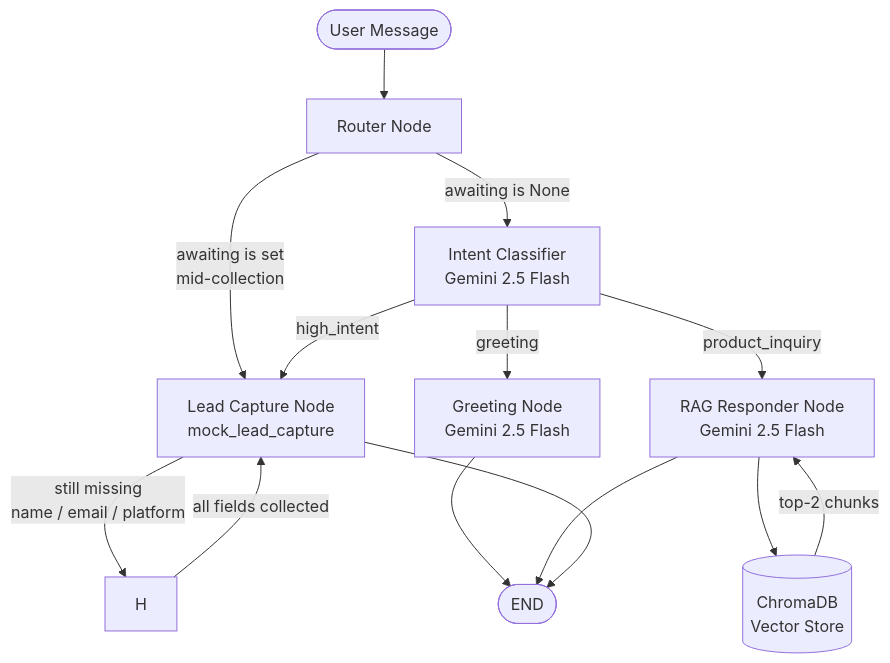
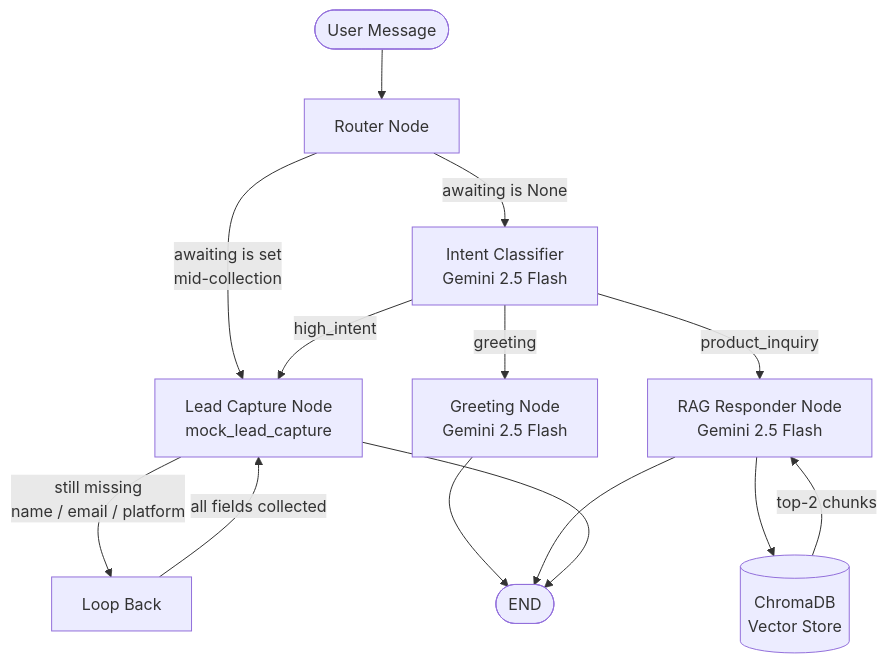
The first of 4 diagrams in README.md (Dibyajyoti-07/Social-To-Lead-Agentic-Workflow), drawn with Mermaid before and after one commit.

Commit message:
readme updated

````diff
--- a/README.md
+++ b/README.md
@@ -80,21 +80,21 @@
 ```mermaid
 flowchart TD
     A([User Message]) --> B[Router Node]
 
     B -->|awaiting is set\nmid-collection| C[Lead Collection Node]
     B -->|awaiting is None| D[Intent Classifier\nGemini 2.5 Flash]
 
     D -->|greeting| E[Greeting Node\nGemini 2.5 Flash]
     D -->|product_inquiry| F[RAG Responder Node\nGemini 2.5 Flash]
     D -->|high_intent| C
 
     F --> G[(ChromaDB\nVector Store)]
     G -->|top-2 chunks| F
 
-    C -->|still missing\nname / email / platform| H
+    C -->|still missing\nname / email / platform| H[Loop Back]
     H -->|all fields collected| C[Lead Capture Node\nmock_lead_capture]
 
     E --> Z([END])
     F --> Z
     C --> Z
 ```
````
